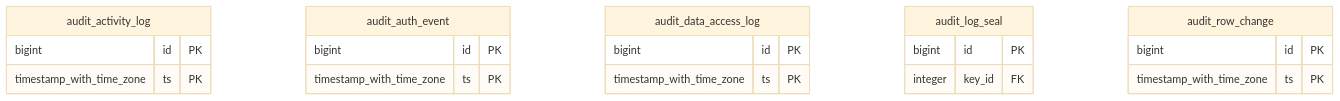
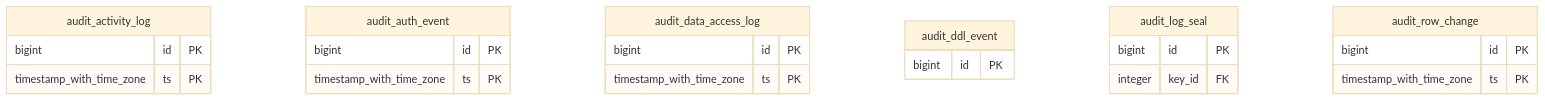
One commit to thawrasy/smartlines changed diagram 27 of 27 in db/ERD.md. Above: the diagram before and after it, drawn with Mermaid (base theme). The commit also changed other lines of this file and 35 other files, not shown here.

````diff
--- a/db/ERD.md
+++ b/db/ERD.md
@@ -5198,23 +5202,26 @@
 ```mermaid
 erDiagram
   audit_activity_log {
     bigint id PK
     timestamp_with_time_zone ts PK
   }
   audit_auth_event {
     bigint id PK
     timestamp_with_time_zone ts PK
   }
   audit_data_access_log {
     bigint id PK
     timestamp_with_time_zone ts PK
   }
+  audit_ddl_event {
+    bigint id PK
+  }
   audit_log_seal {
     bigint id PK
     integer key_id FK
   }
   audit_row_change {
     bigint id PK
     timestamp_with_time_zone ts PK
   }
 ```
````
